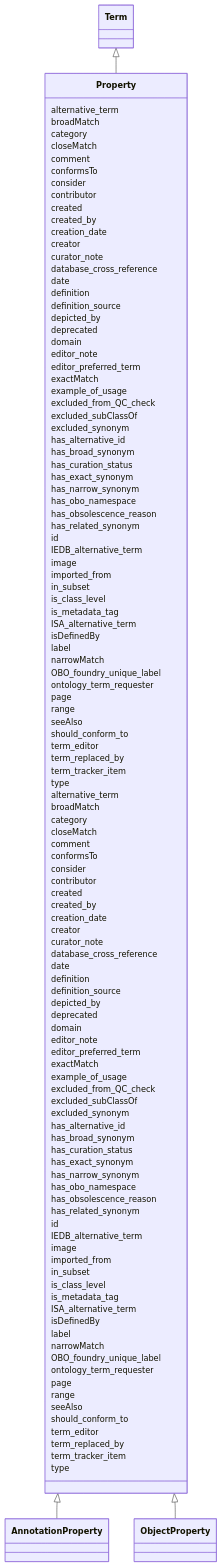
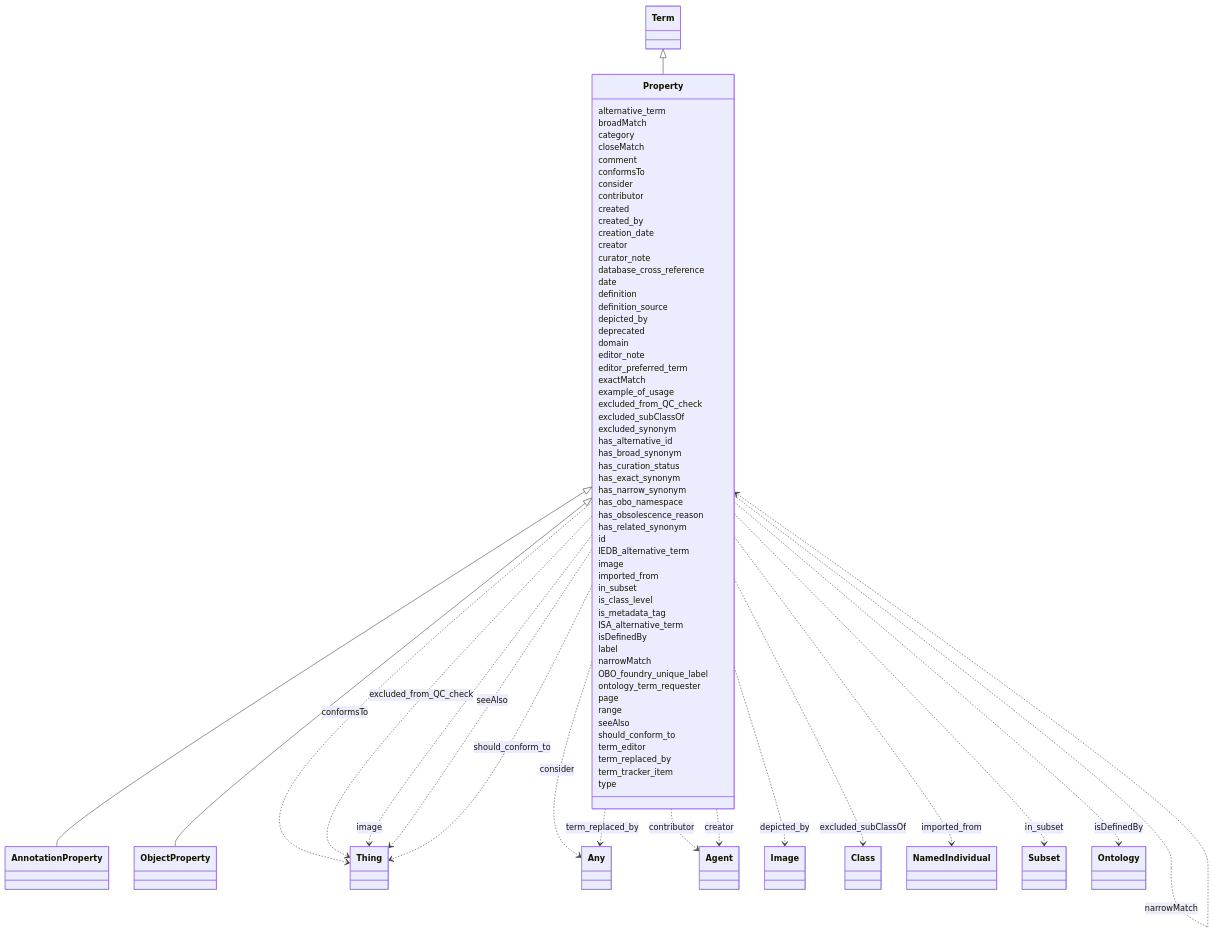
Before and after one commit to INCATools/ontology-access-kit: the diagram in ontology-metadata/Property.md, drawn with Mermaid. The commit also changed other lines of this file and 1783 other files, not shown here.

````diff
--- a/ontology-metadata/Property.md
+++ b/ontology-metadata/Property.md
@@ -13,122 +13,158 @@
     class Property
       Term <|-- Property
       
-      Property : alternative_term
-      Property : broadMatch
-      Property : category
-      Property : closeMatch
-      Property : comment
-      Property : conformsTo
-      Property : consider
-      Property : contributor
-      Property : created
-      Property : created_by
-      Property : creation_date
-      Property : creator
-      Property : curator_note
-      Property : database_cross_reference
-      Property : date
-      Property : definition
-      Property : definition_source
-      Property : depicted_by
-      Property : deprecated
-      Property : domain
-      Property : editor_note
-      Property : editor_preferred_term
-      Property : exactMatch
-      Property : example_of_usage
-      Property : excluded_from_QC_check
-      Property : excluded_subClassOf
-      Property : excluded_synonym
-      Property : has_alternative_id
-      Property : has_broad_synonym
-      Property : has_curation_status
-      Property : has_exact_synonym
-      Property : has_narrow_synonym
-      Property : has_obo_namespace
-      Property : has_obsolescence_reason
-      Property : has_related_synonym
-      Property : id
-      Property : IEDB_alternative_term
-      Property : image
-      Property : imported_from
-      Property : in_subset
-      Property : is_class_level
-      Property : is_metadata_tag
-      Property : ISA_alternative_term
-      Property : isDefinedBy
-      Property : label
-      Property : narrowMatch
-      Property : OBO_foundry_unique_label
-      Property : ontology_term_requester
-      Property : page
-      Property : range
-      Property : seeAlso
-      Property : should_conform_to
-      Property : term_editor
-      Property : term_replaced_by
-      Property : term_tracker_item
-      Property : type
-      
 
       Property <|-- AnnotationProperty
       Property <|-- ObjectProperty
       
+      
       Property : alternative_term
+        
       Property : broadMatch
+        
+          Property ..> Property : broadMatch
+        
       Property : category
+        
       Property : closeMatch
+        
+          Property ..> Property : closeMatch
+        
       Property : comment
+        
       Property : conformsTo
+        
+          Property ..> Thing : conformsTo
+        
       Property : consider
+        
+          Property ..> Any : consider
+        
       Property : contributor
+        
+          Property ..> Agent : contributor
+        
       Property : created
+        
       Property : created_by
+        
       Property : creation_date
+        
       Property : creator
+        
+          Property ..> Agent : creator
+        
       Property : curator_note
+        
       Property : database_cross_reference
+        
       Property : date
+        
       Property : definition
+        
       Property : definition_source
+        
       Property : depicted_by
+        
+          Property ..> Image : depicted_by
+        
       Property : deprecated
+        
       Property : domain
+        
       Property : editor_note
+        
       Property : editor_preferred_term
+        
       Property : exactMatch
+        
+          Property ..> Property : exactMatch
+        
       Property : example_of_usage
+        
       Property : excluded_from_QC_check
+        
+          Property ..> Thing : excluded_from_QC_check
+        
       Property : excluded_subClassOf
+        
+          Property ..> Class : excluded_subClassOf
+        
       Property : excluded_synonym
+        
       Property : has_alternative_id
+        
       Property : has_broad_synonym
+        
       Property : has_curation_status
+        
       Property : has_exact_synonym
+        
       Property : has_narrow_synonym
+        
       Property : has_obo_namespace
+        
       Property : has_obsolescence_reason
+        
       Property : has_related_synonym
+        
       Property : id
+        
       Property : IEDB_alternative_term
+        
       Property : image
+        
+          Property ..> Thing : image
+        
       Property : imported_from
+        
+          Property ..> NamedIndividual : imported_from
+        
       Property : in_subset
+        
+          Property ..> Subset : in_subset
+        
       Property : is_class_level
+        
       Property : is_metadata_tag
+        
       Property : ISA_alternative_term
+        
       Property : isDefinedBy
+        
+          Property ..> Ontology : isDefinedBy
+        
       Property : label
+        
       Property : narrowMatch
+        
+          Property ..> Property : narrowMatch
+        
       Property : OBO_foundry_unique_label
+        
       Property : ontology_term_requester
+        
       Property : page
+        
       Property : range
+        
       Property : seeAlso
+        
+          Property ..> Thing : seeAlso
+        
       Property : should_conform_to
+        
+          Property ..> Thing : should_conform_to
+        
       Property : term_editor
+        
       Property : term_replaced_by
+        
+          Property ..> Any : term_replaced_by
+        
       Property : term_tracker_item
+        
       Property : type
+        
       
 ```
````
